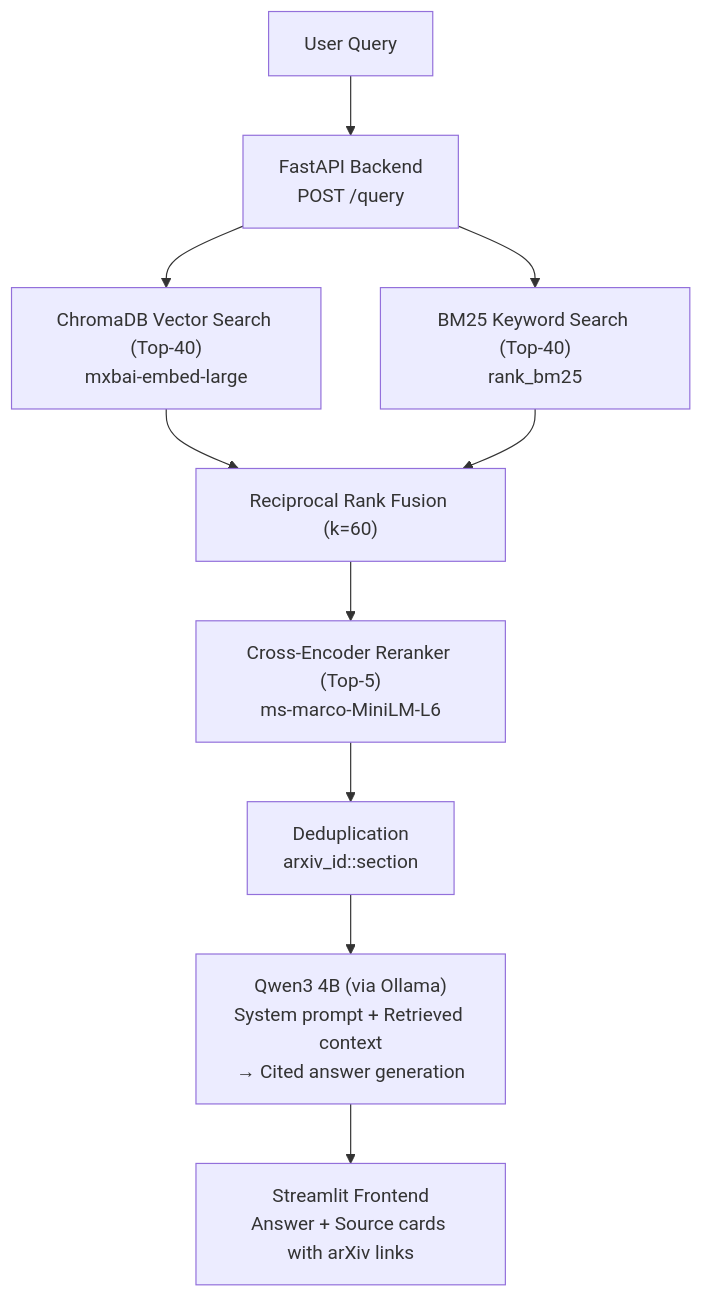
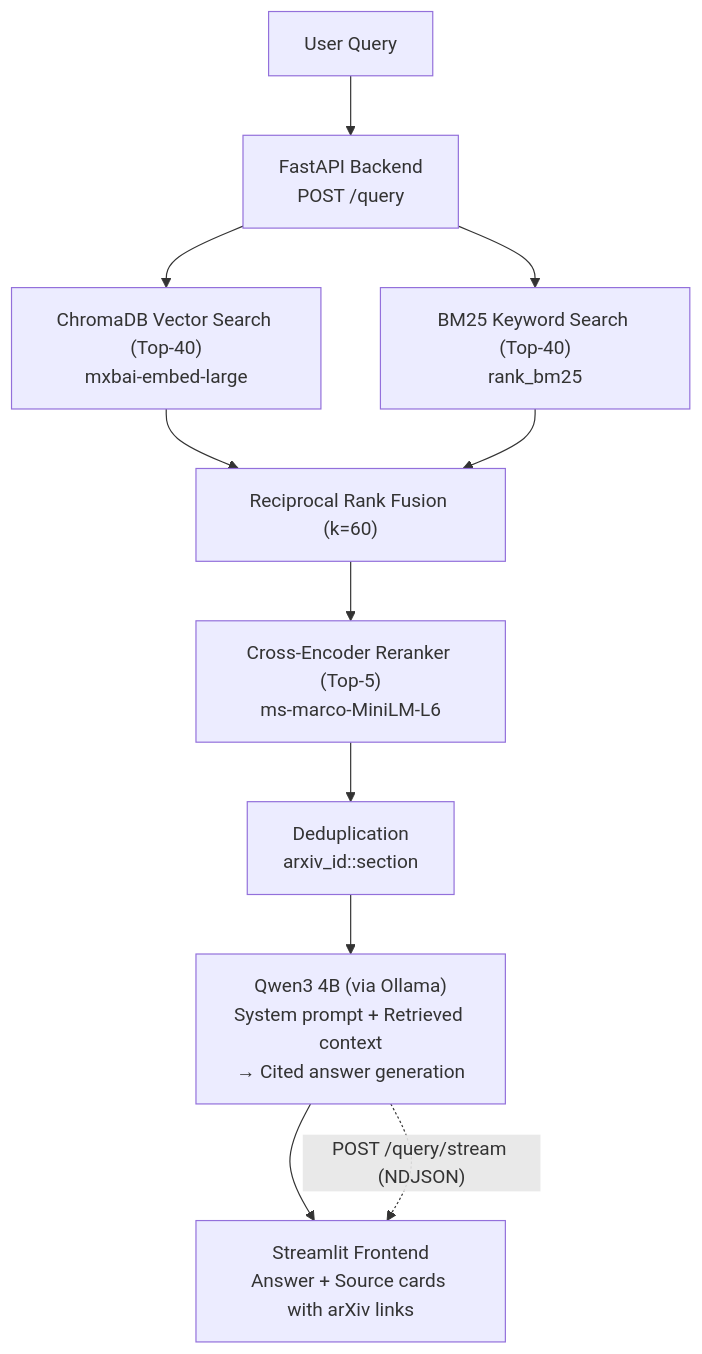
One commit to choeyunbeom/arxiv_rag_system changed the diagram in README.md. Above: the diagram before and after it, drawn with Mermaid. The commit also changed other lines of this file and 9 other files, not shown here.

````diff
--- a/README.md
+++ b/README.md
@@ -20,12 +20,13 @@
 ```mermaid
 flowchart TD
     A["User Query"] --> B["FastAPI Backend\nPOST /query"]
     B --> C["ChromaDB Vector Search (Top-40)\nmxbai-embed-large"]
     B --> D["BM25 Keyword Search (Top-40)\nrank_bm25"]
     C --> E["Reciprocal Rank Fusion (k=60)"]
     D --> E
     E --> F["Cross-Encoder Reranker (Top-5)\nms-marco-MiniLM-L6"]
     F --> G["Deduplication\narxiv_id::section"]
     G --> H["Qwen3 4B (via Ollama)\nSystem prompt + Retrieved context\n→ Cited answer generation"]
     H --> I["Streamlit Frontend\nAnswer + Source cards with arXiv links"]
+    H -.->|"POST /query/stream (NDJSON)"| I
 ```
````
